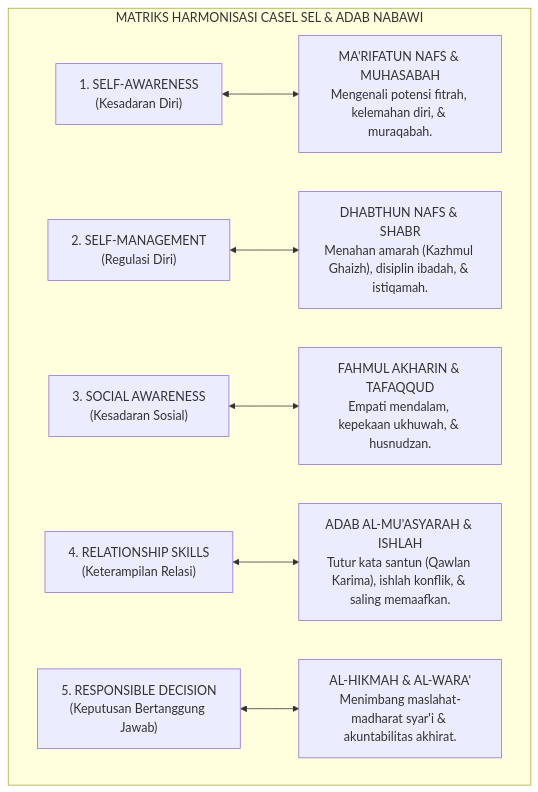
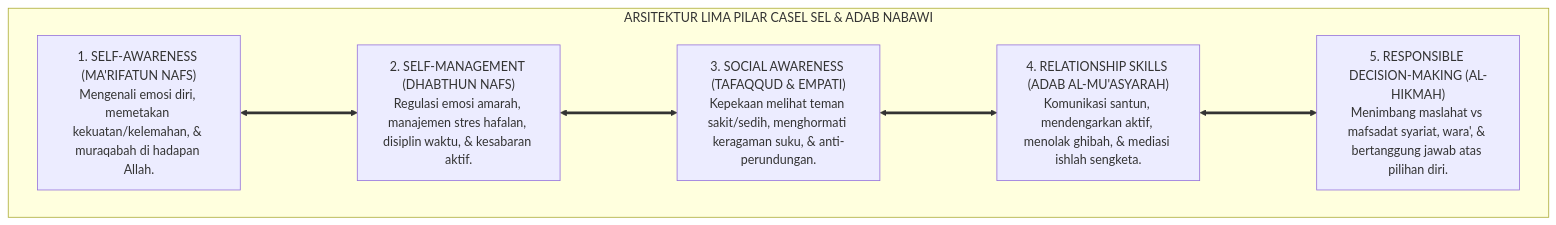
The second of 4 diagrams in 01 Philosophy/03 Human Development/P1-03-04-Integrasi-SEL-dan-Karakter-Santri.md (wandiapriliyandi/tumbuh), drawn with Mermaid before and after one commit. The commit also changed other lines of this file and 7 other files, not shown here.

````diff
--- a/01 Philosophy/03 Human Development/P1-03-04-Integrasi-SEL-dan-Karakter-Santri.md
+++ b/01 Philosophy/03 Human Development/P1-03-04-Integrasi-SEL-dan-Karakter-Santri.md
@@ -147,14 +116,17 @@
 ```mermaid
-graph TD
-    subgraph HarmonisasiCASELTUMBUH["MATRIKS HARMONISASI CASEL SEL & ADAB NABAWI"]
-        C1["1. SELF-AWARENESS<br/>(Kesadaran Diri)"] <--> T1["MA'RIFATUN NAFS & MUHASABAH<br/>Mengenali potensi fitrah, kelemahan diri, & muraqabah."]
+flowchart TD
+    subgraph ArsitekturSELAdabTUMBUH["ARSITEKTUR LIMA PILAR CASEL SEL & ADAB NABAWI"]
         
-        C2["2. SELF-MANAGEMENT<br/>(Regulasi Diri)"] <--> T2["DHABTHUN NAFS & SHABR<br/>Menahan amarah (Kazhmul Ghaizh), disiplin ibadah, & istiqamah."]
+        P1_SEL["1. SELF-AWARENESS (MA'RIFATUN NAFS)<br/>Mengenali emosi diri, memetakan kekuatan/kelemahan, & muraqabah di hadapan Allah."]
         
-        C3["3. SOCIAL AWARENESS<br/>(Kesadaran Sosial)"] <--> T3["FAHMUL AKHARIN & TAFAQQUD<br/>Empati mendalam, kepekaan ukhuwah, & husnudzan."]
+        P2_SEL["2. SELF-MANAGEMENT (DHABTHUN NAFS)<br/>Regulasi emosi amarah, manajemen stres hafalan, disiplin waktu, & kesabaran aktif."]
         
-        C4["4. RELATIONSHIP SKILLS<br/>(Keterampilan Relasi)"] <--> T4["ADAB AL-MU'ASYARAH & ISHLAH<br/>Tutur kata santun (Qawlan Karima), ishlah konflik, & saling memaafkan."]
+        P3_SEL["3. SOCIAL AWARENESS (TAFAQQUD & EMPATI)<br/>Kepekaan melihat teman sakit/sedih, menghormati keragaman suku, & anti-perundungan."]
         
-        C5["5. RESPONSIBLE DECISION<br/>(Keputusan Bertanggung Jawab)"] <--> T5["AL-HIKMAH & AL-WARA'<br/>Menimbang maslahat-madharat syar'i & akuntabilitas akhirat."]
+        P4_SEL["4. RELATIONSHIP SKILLS (ADAB AL-MU'ASYARAH)<br/>Komunikasi santun, mendengarkan aktif, menolak ghibah, & mediasi ishlah sengketa."]
+        
+        P5_SEL["5. RESPONSIBLE DECISION-MAKING (AL-HIKMAH)<br/>Menimbang maslahat vs mafsadat syariat, wara', & bertanggung jawab atas pilihan diri."]
+        
+        P1_SEL <===> P2_SEL <===> P3_SEL <===> P4_SEL <===> P5_SEL
     end
 ```
````
